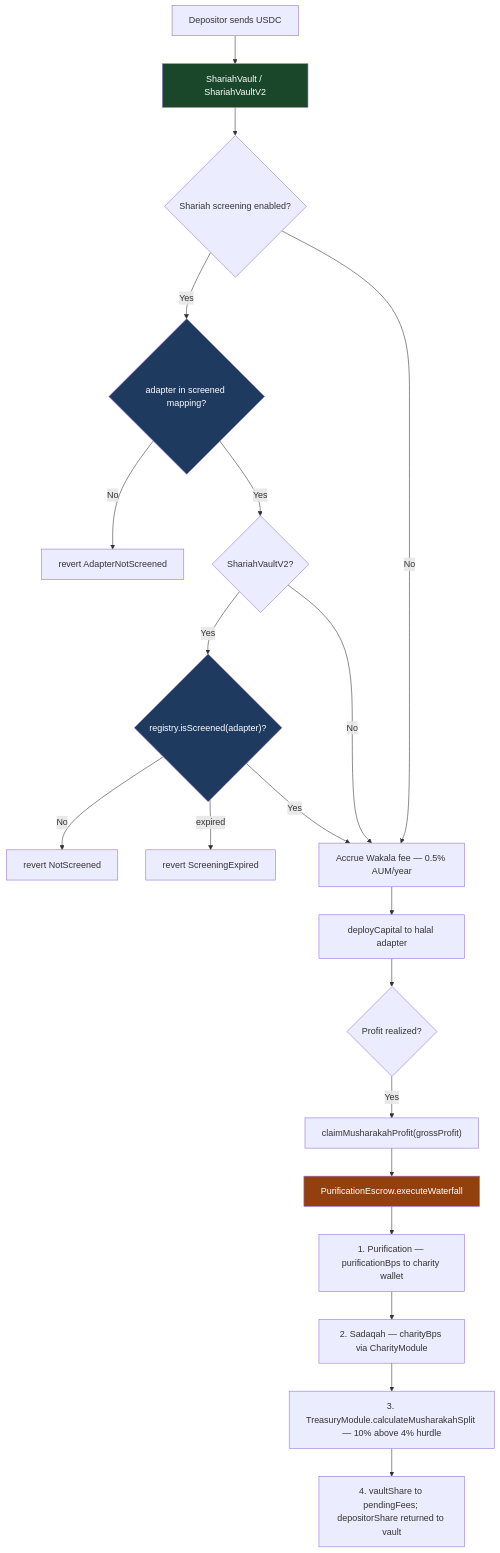
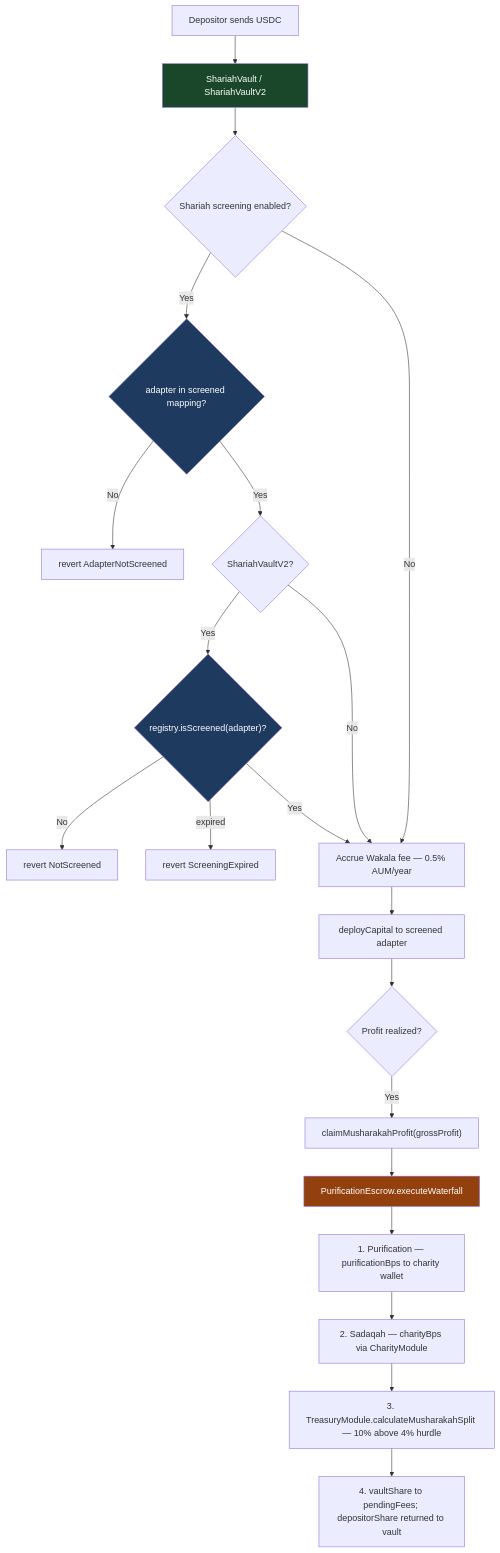
Before and after one commit to 0xhaz/DefiVault-Finance: the eighth of 10 diagrams in README.md, drawn with Mermaid. The commit also changed other lines of this file and 52 other files, not shown here.

````diff
--- a/README.md
+++ b/README.md
@@ -549,30 +556,30 @@
 ```mermaid
 flowchart TD
     D[Depositor sends USDC] --> SV[ShariahVault / ShariahVaultV2]
 
     SV --> SC{Shariah screening enabled?}
     SC -- Yes --> CH{adapter in screened mapping?}
     CH -- No --> REV[revert AdapterNotScreened]
     CH -- Yes --> V2{ShariahVaultV2?}
     V2 -- Yes --> RG{"registry.isScreened(adapter)?"}
     RG -- No --> RNS[revert NotScreened]
     RG -- expired --> RSE[revert ScreeningExpired]
     RG -- Yes --> WF
     V2 -- No --> WF
     SC -- No --> WF["Accrue Wakala fee — 0.5% AUM/year"]
 
-    WF --> DC[deployCapital to halal adapter]
+    WF --> DC[deployCapital to screened adapter]
 
     DC --> PROFIT{Profit realized?}
     PROFIT -- Yes --> CMC["claimMusharakahProfit(grossProfit)"]
     CMC --> PE["PurificationEscrow.executeWaterfall"]
     PE --> PUR["1. Purification — purificationBps to charity wallet"]
     PUR --> SAD["2. Sadaqah — charityBps via CharityModule"]
     SAD --> MS["3. TreasuryModule.calculateMusharakahSplit — 10% above 4% hurdle"]
     MS --> RP["4. vaultShare to pendingFees; depositorShare returned to vault"]
 
     style SV fill:#1a472a,color:#fff
     style PE fill:#92400e,color:#fff
     style CH fill:#1e3a5f,color:#fff
     style RG fill:#1e3a5f,color:#fff
 ```
````
